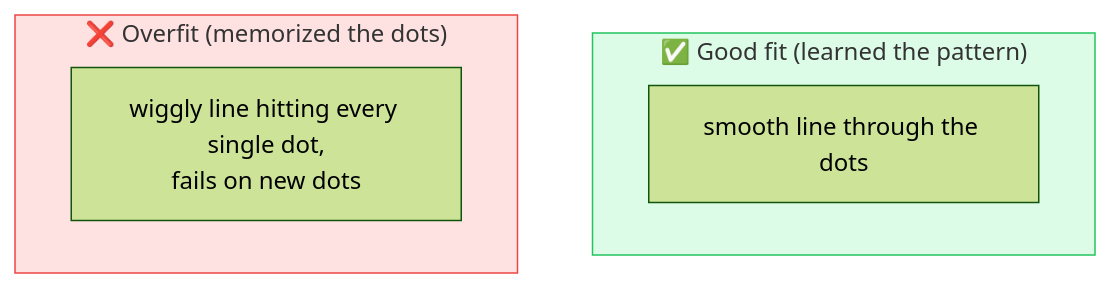
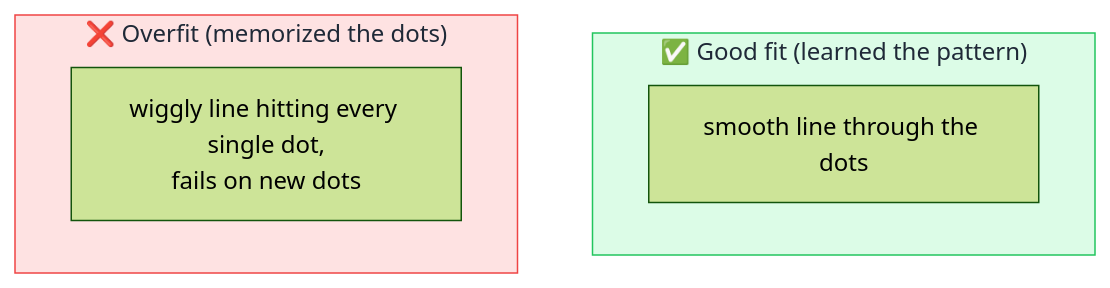
One commit to behnia137/ai-for-beginners-visual changed the diagram in concepts/overfitting.md. Above: the diagram before and after it, drawn with Mermaid (forest theme). The commit also changed 32 other files, not shown here.

First line of the commit message:
Fix mermaid box text contrast for dark/light mode

````diff
--- a/concepts/overfitting.md
+++ b/concepts/overfitting.md
@@ -7,11 +7,11 @@
 ```mermaid
 flowchart TB
     subgraph Good["✅ Good fit (learned the pattern)"]
     G["smooth line through the dots"]
     end
     subgraph Over["❌ Overfit (memorized the dots)"]
     O["wiggly line hitting every single dot,<br/>fails on new dots"]
     end
-    style Good fill:#dcfce7,stroke:#22c55e
-    style Over fill:#fee2e2,stroke:#ef4444
+    style Good fill:#dcfce7,stroke:#22c55e,color:#1f2937
+    style Over fill:#fee2e2,stroke:#ef4444,color:#1f2937
 ```
````
